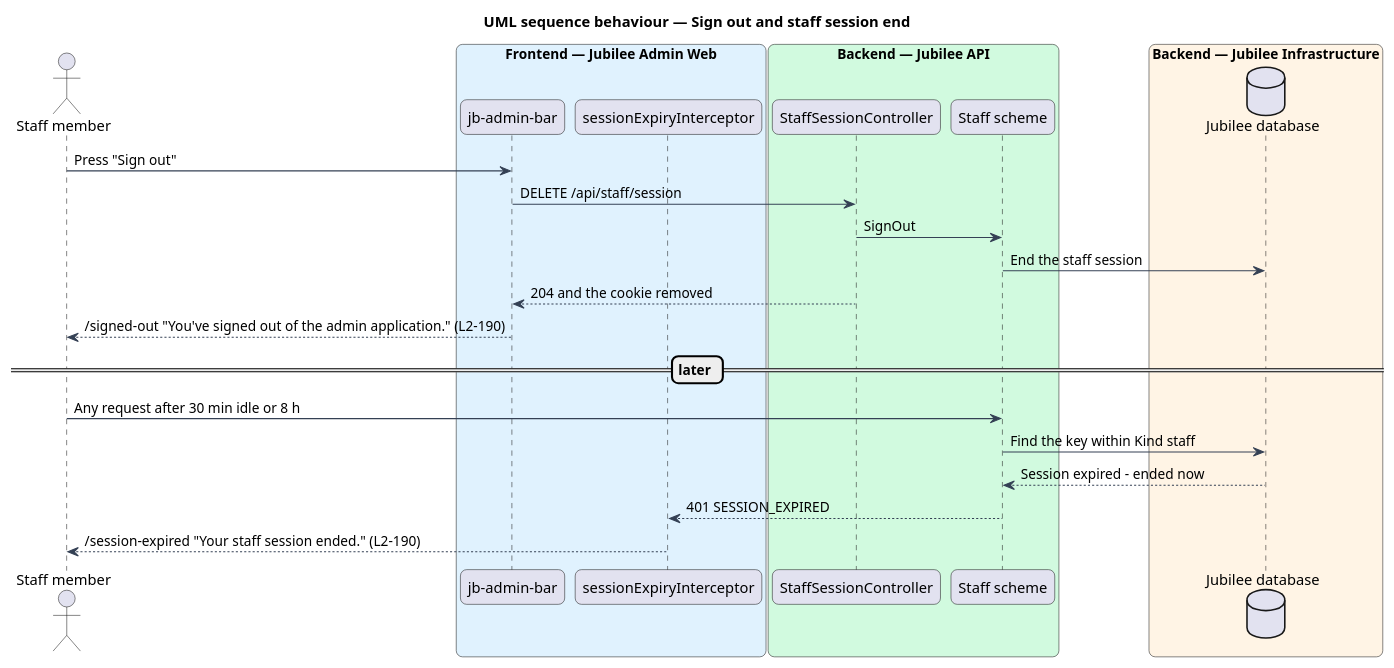
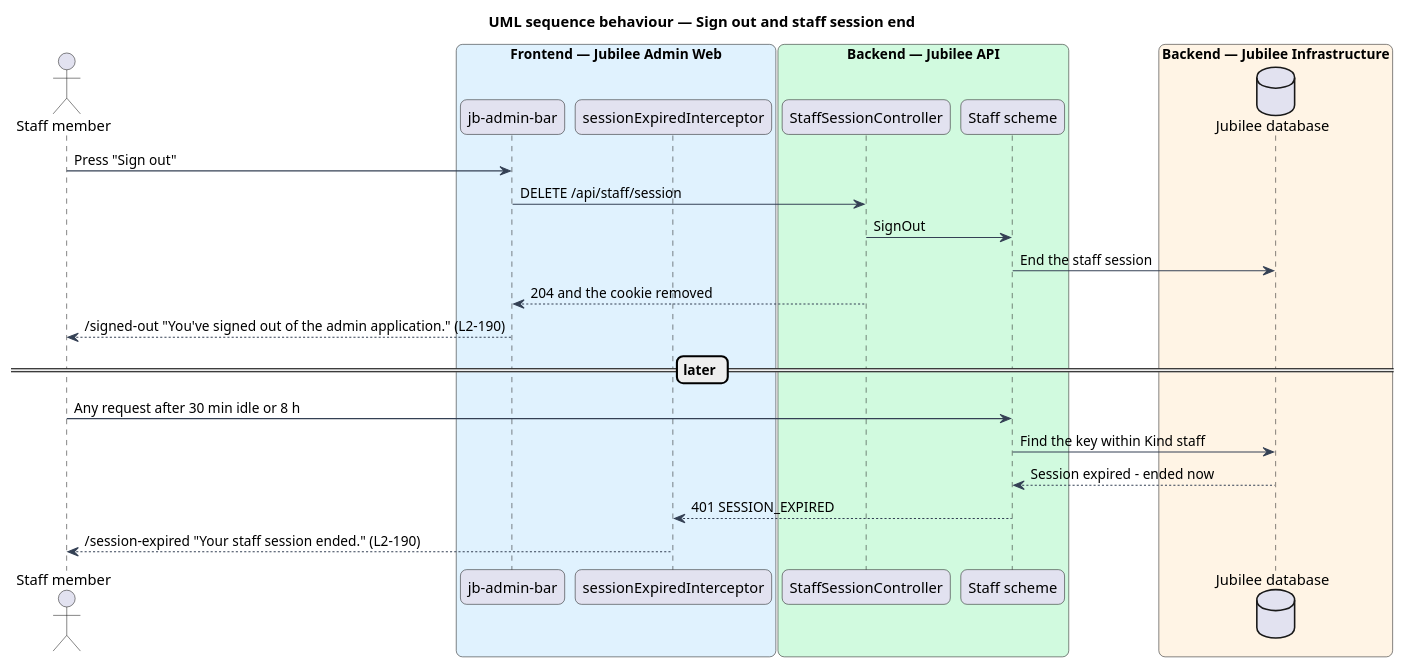
The diagram in docs/detailed-designs/accounts/sign-in-as-staff/diagrams/sequence-sign-out-and-expiry.puml (QuinntyneBrown/jubilee), drawn with PlantUML before and after one commit. The commit also changed 7 other files, not shown here.

```diff
--- a/docs/detailed-designs/accounts/sign-in-as-staff/diagrams/sequence-sign-out-and-expiry.puml
+++ b/docs/detailed-designs/accounts/sign-in-as-staff/diagrams/sequence-sign-out-and-expiry.puml
@@ -1,32 +1,32 @@
 @startuml
 title UML sequence behaviour — Sign out and staff session end
 skinparam backgroundColor #FFFFFF
 skinparam shadowing false
 skinparam roundcorner 12
 skinparam defaultFontName Arial
 skinparam ArrowColor #344054
 actor "Staff member" as actor
 box "Frontend — Jubilee Admin Web" #E0F2FE
   participant "jb-admin-bar" as bar
-  participant "sessionExpiryInterceptor" as expiry
+  participant "sessionExpiredInterceptor" as expiry
 end box
 box "Backend — Jubilee API" #D1FADF
   participant "StaffSessionController" as ctrl
   participant "Staff scheme" as scheme
 end box
 box "Backend — Jubilee Infrastructure" #FFF4E5
   database "Jubilee database" as db
 end box
 actor -> bar : Press "Sign out"
 bar -> ctrl : DELETE /api/staff/session
 ctrl -> scheme : SignOut
 scheme -> db : End the staff session
 ctrl --> bar : 204 and the cookie removed
 bar --> actor : /signed-out "You've signed out of the admin application." (L2-190)
 == later ==
 actor -> scheme : Any request after 30 min idle or 8 h
 scheme -> db : Find the key within Kind staff
 db --> scheme : Session expired - ended now
 scheme --> expiry : 401 SESSION_EXPIRED
 expiry --> actor : /session-expired "Your staff session ended." (L2-190)
 @enduml
```
